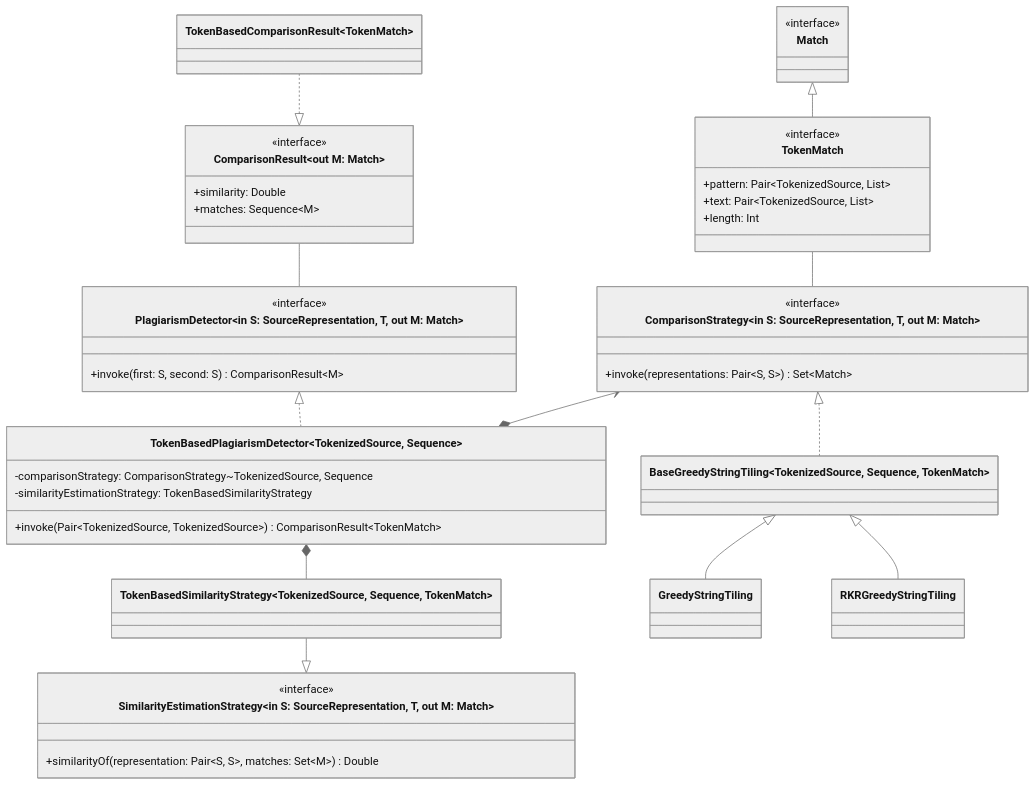
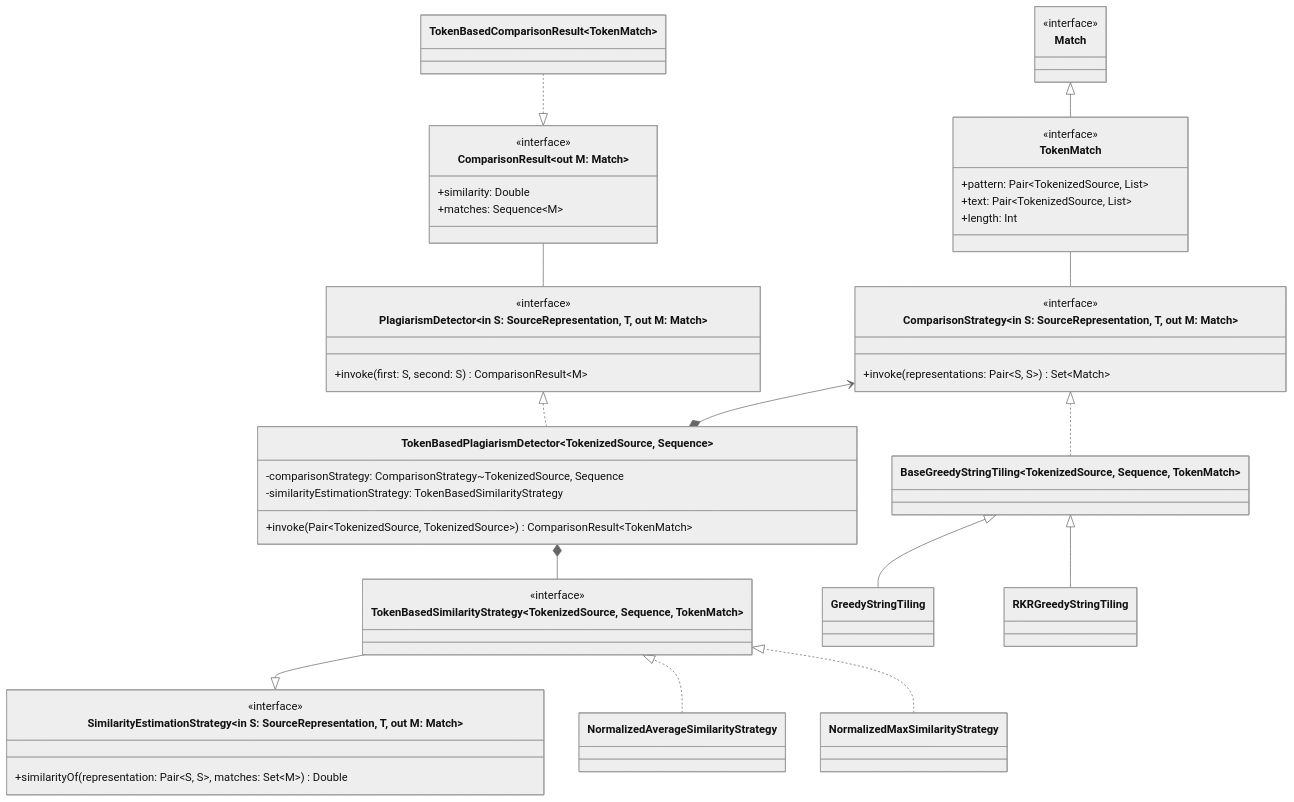
Before and after one commit to tassiLuca/code-plagiarism-detector-doc: the ninth of 12 diagrams in doc.md, drawn with Mermaid (neutral theme). The commit also changed other lines of this file, not shown here.

````diff
--- a/doc.md
+++ b/doc.md
@@ -471,56 +467,58 @@
 ```mermaid 
 classDiagram
 direction BT
     class PlagiarismDetector~in S: SourceRepresentation<T>, T, out M: Match~ {
         <<interface>>
         +invoke(first: S, second: S) ComparisonResult~M~
     }
 
     class ComparisonResult~out M: Match~ {
         <<interface>>
         +similarity: Double
         +matches: Sequence~M~
     }
     PlagiarismDetector -- ComparisonResult
     ComparisonResult <|.. TokenBasedComparisonResult~TokenMatch~
 
     class TokenBasedPlagiarismDetector~TokenizedSource, Sequence<Token, TokenMatch~ {
         -comparisonStrategy: ComparisonStrategy~TokenizedSource, Sequence<Token, TokenMatch~
         -similarityEstimationStrategy: TokenBasedSimilarityStrategy
         +invoke(Pair~TokenizedSource, TokenizedSource~) ComparisonResult~TokenMatch~
     }
     TokenBasedPlagiarismDetector ..|> PlagiarismDetector
 
     class SimilarityEstimationStrategy~in S: SourceRepresentation<T>, T, out M: Match~ {
         <<interface>>
         +similarityOf(representation: Pair~S, S~, matches: Set~M~) Double
     }
-    class TokenBasedSimilarityStrategy~TokenizedSource, Sequence<Token>, TokenMatch~
+    class TokenBasedSimilarityStrategy~TokenizedSource, Sequence<Token>, TokenMatch~ {
+        <<interface>>
+    }
     SimilarityEstimationStrategy <|-- TokenBasedSimilarityStrategy
-    %% NormalizedAverageSimilarityStrategy ..|> TokenBasedSimilarityStrategy
-    %% NormalizedMaxSimilarityStrategy ..|> TokenBasedSimilarityStrategy
+    NormalizedAverageSimilarityStrategy ..|> TokenBasedSimilarityStrategy
+    NormalizedMaxSimilarityStrategy ..|> TokenBasedSimilarityStrategy
     TokenBasedSimilarityStrategy --* TokenBasedPlagiarismDetector
 
     class ComparisonStrategy~in S: SourceRepresentation<T>, T, out M: Match~ {
         <<interface>>
         +invoke(representations: Pair~S, S~) Set~Match~
     }
     TokenBasedPlagiarismDetector *--> ComparisonStrategy
 
     BaseGreedyStringTiling~TokenizedSource, Sequence<Token>, TokenMatch~ ..|> ComparisonStrategy
     GreedyStringTiling --|> BaseGreedyStringTiling
     RKRGreedyStringTiling --|> BaseGreedyStringTiling
 
     class Match {
         <<interface>>
     }
     
     class TokenMatch {
         <<interface>>
         +pattern: Pair~TokenizedSource, List<Token>~
         +text: Pair~TokenizedSource, List<Token>~
         +length: Int
     }
     TokenMatch --|> Match
     ComparisonStrategy -- TokenMatch
 ```
````
